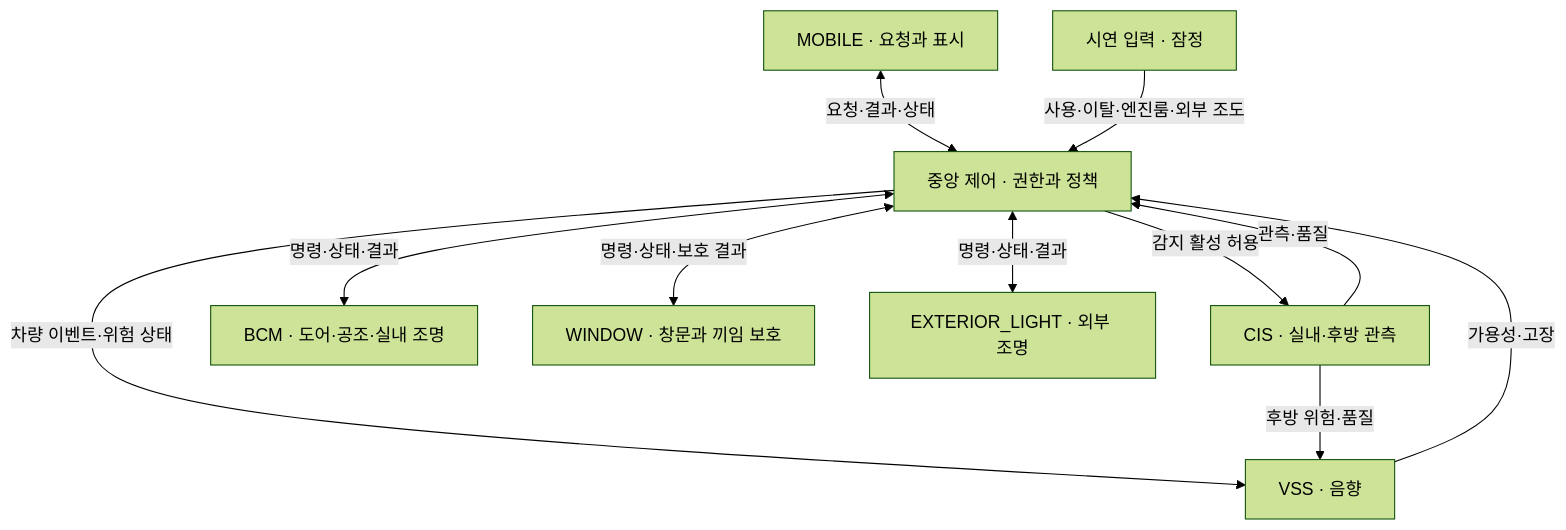
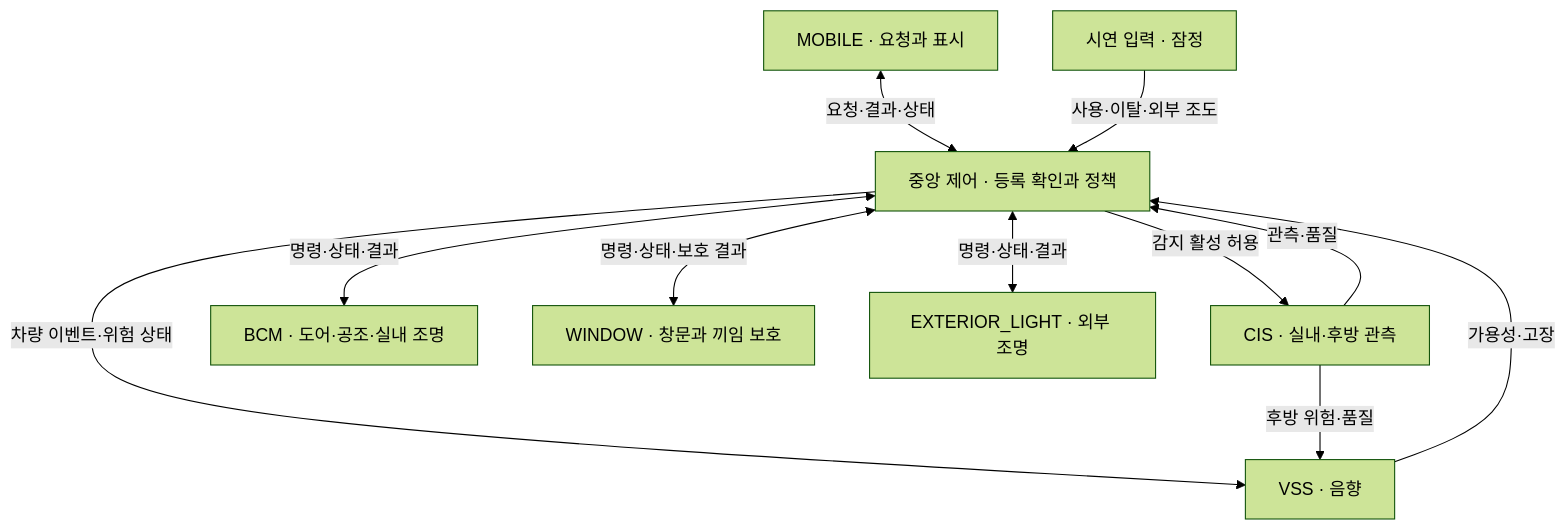
One commit to vehicle-domain-control-system/integrated-vehicle-control changed the first of 5 diagrams in docs/requirements/SR.md. Above: the diagram before and after it, drawn with Mermaid (forest theme). The commit also changed other lines of this file and 1 other file, not shown here.

Commit message:
docs(SR/sysRS)BCM/MOBILE 수정요청 적용

````diff
--- a/docs/requirements/SR.md
+++ b/docs/requirements/SR.md
@@ -45,13 +45,13 @@
 ```mermaid
 flowchart TD
-    MOBILE["MOBILE · 요청과 표시"] <-->|"요청·결과·상태"| CENTRAL["중앙 제어 · 권한과 정책"]
+    MOBILE["MOBILE · 요청과 표시"] <-->|"요청·결과·상태"| CENTRAL["중앙 제어 · 등록 확인과 정책"]
     CIS["CIS · 실내·후방 관측"] -->|"관측·품질"| CENTRAL
-    TEST["시연 입력 · 잠정"] -->|"사용·이탈·엔진룸·외부 조도"| CENTRAL
+    TEST["시연 입력 · 잠정"] -->|"사용·이탈·외부 조도"| CENTRAL
     CENTRAL -->|"감지 활성 허용"| CIS
     CENTRAL <-->|"명령·상태·결과"| BCM["BCM · 도어·공조·실내 조명"]
     CENTRAL <-->|"명령·상태·보호 결과"| WIN["WINDOW · 창문과 끼임 보호"]
     CENTRAL <-->|"명령·상태·결과"| ELS["EXTERIOR_LIGHT · 외부 조명"]
     CENTRAL -->|"차량 이벤트·위험 상태"| VSS["VSS · 음향"]
     CIS -->|"후방 위험·품질"| VSS
     VSS -->|"가용성·고장"| CENTRAL
 ```
````
